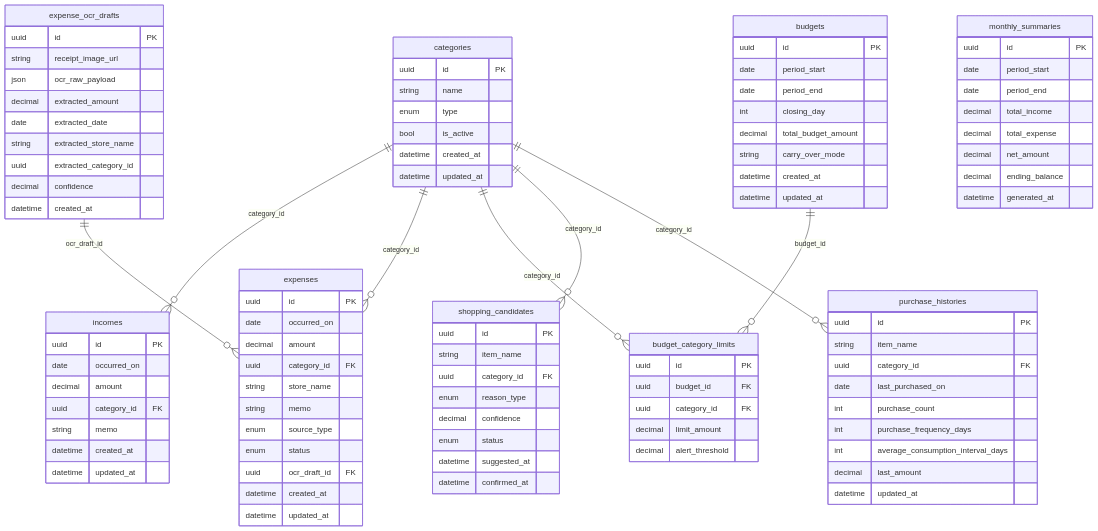
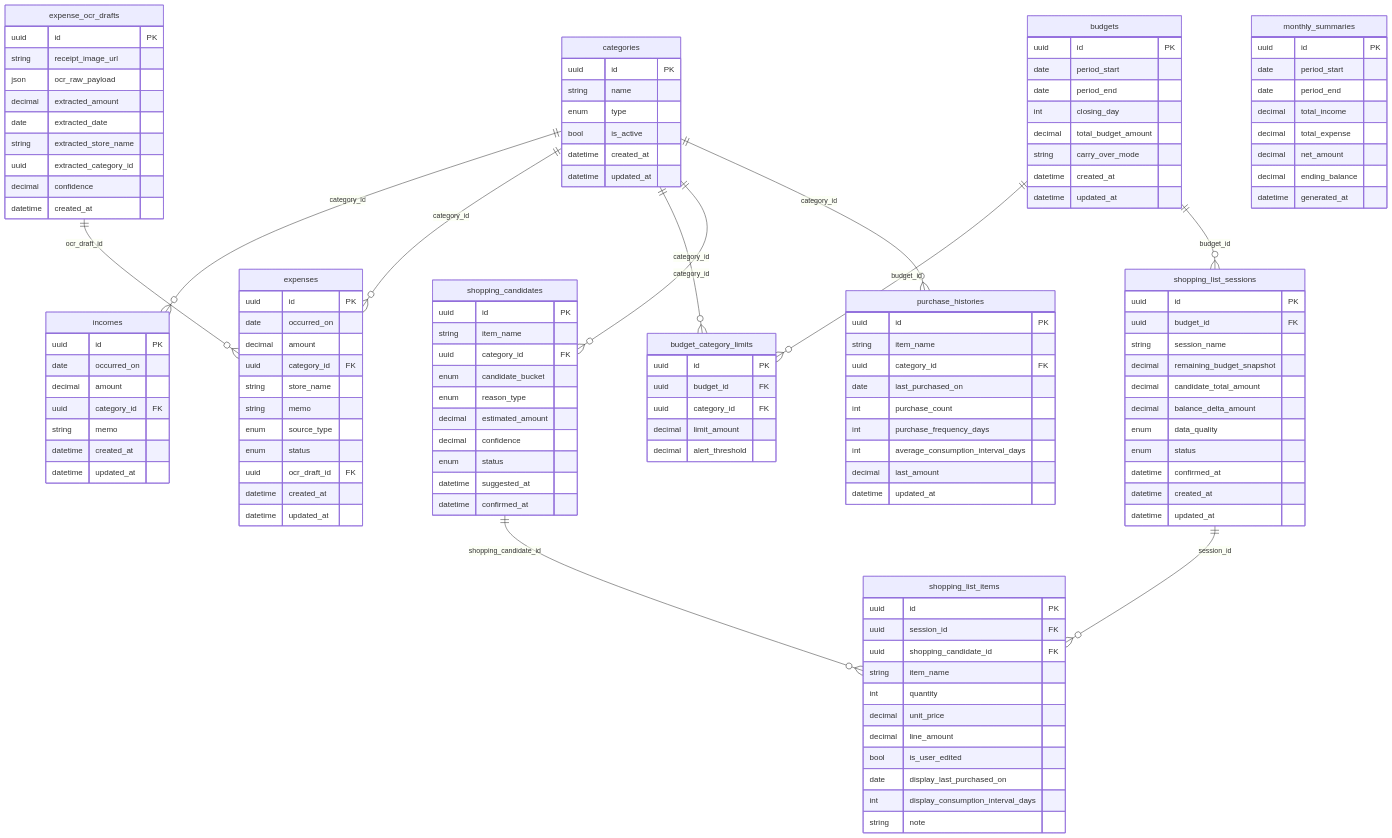
The diagram in docs/ssd/data-model-solo-life-support-v1.md (nigoh/stocko), drawn with Mermaid before and after one commit. The commit also changed other lines of this file and 3 other files, not shown here.

````diff
--- a/docs/ssd/data-model-solo-life-support-v1.md
+++ b/docs/ssd/data-model-solo-life-support-v1.md
@@ -55,7 +78,10 @@
     categories ||--o{ purchase_histories : "category_id"
 
     budgets ||--o{ budget_category_limits : "budget_id"
+    budgets ||--o{ shopping_list_sessions : "budget_id"
     expense_ocr_drafts ||--o{ expenses : "ocr_draft_id"
+    shopping_list_sessions ||--o{ shopping_list_items : "session_id"
+    shopping_candidates ||--o{ shopping_list_items : "shopping_candidate_id"
 
     categories {
       uuid id PK
@@ -148,10 +174,40 @@
       uuid id PK
       string item_name
       uuid category_id FK
+      enum candidate_bucket
       enum reason_type
+      decimal estimated_amount
       decimal confidence
       enum status
       datetime suggested_at
       datetime confirmed_at
     }
+
+    shopping_list_sessions {
+      uuid id PK
+      uuid budget_id FK
+      string session_name
+      decimal remaining_budget_snapshot
+      decimal candidate_total_amount
+      decimal balance_delta_amount
+      enum data_quality
+      enum status
+      datetime confirmed_at
+      datetime created_at
+      datetime updated_at
+    }
+
+    shopping_list_items {
+      uuid id PK
+      uuid session_id FK
+      uuid shopping_candidate_id FK
+      string item_name
+      int quantity
+      decimal unit_price
+      decimal line_amount
+      bool is_user_edited
+      date display_last_purchased_on
+      int display_consumption_interval_days
+      string note
+    }
 ```
````
